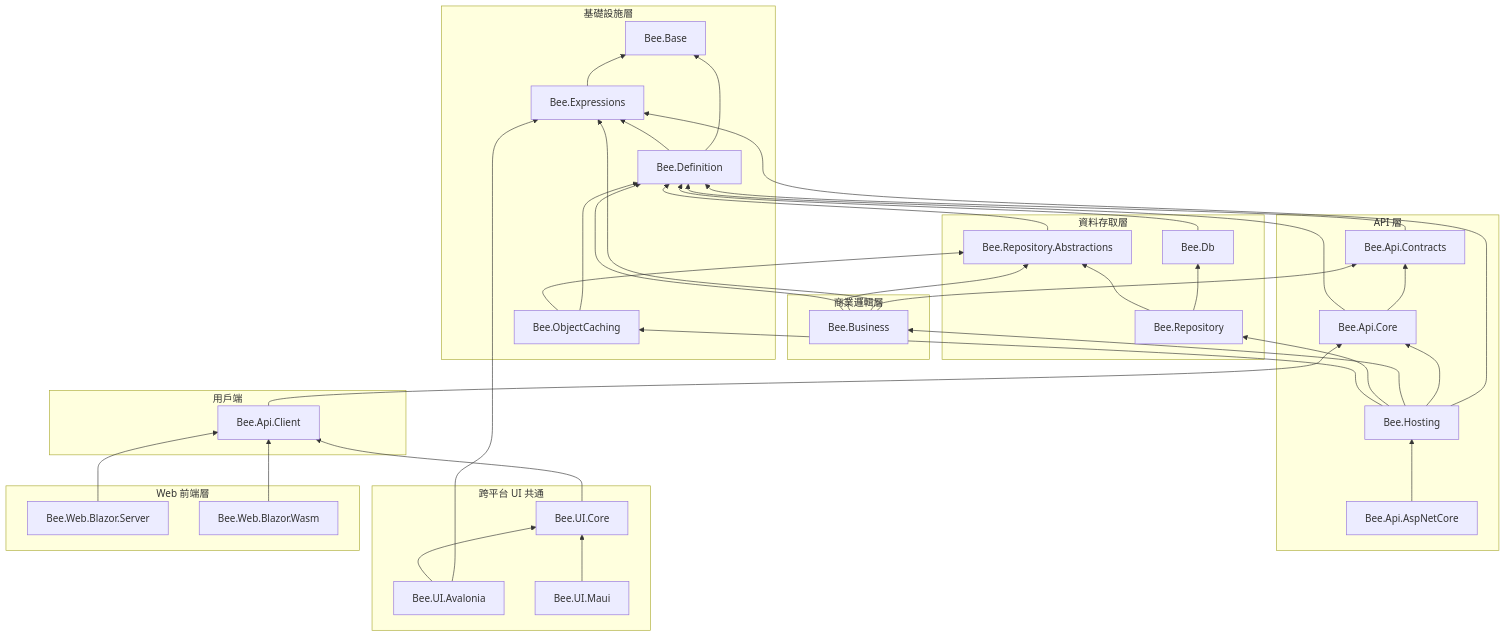
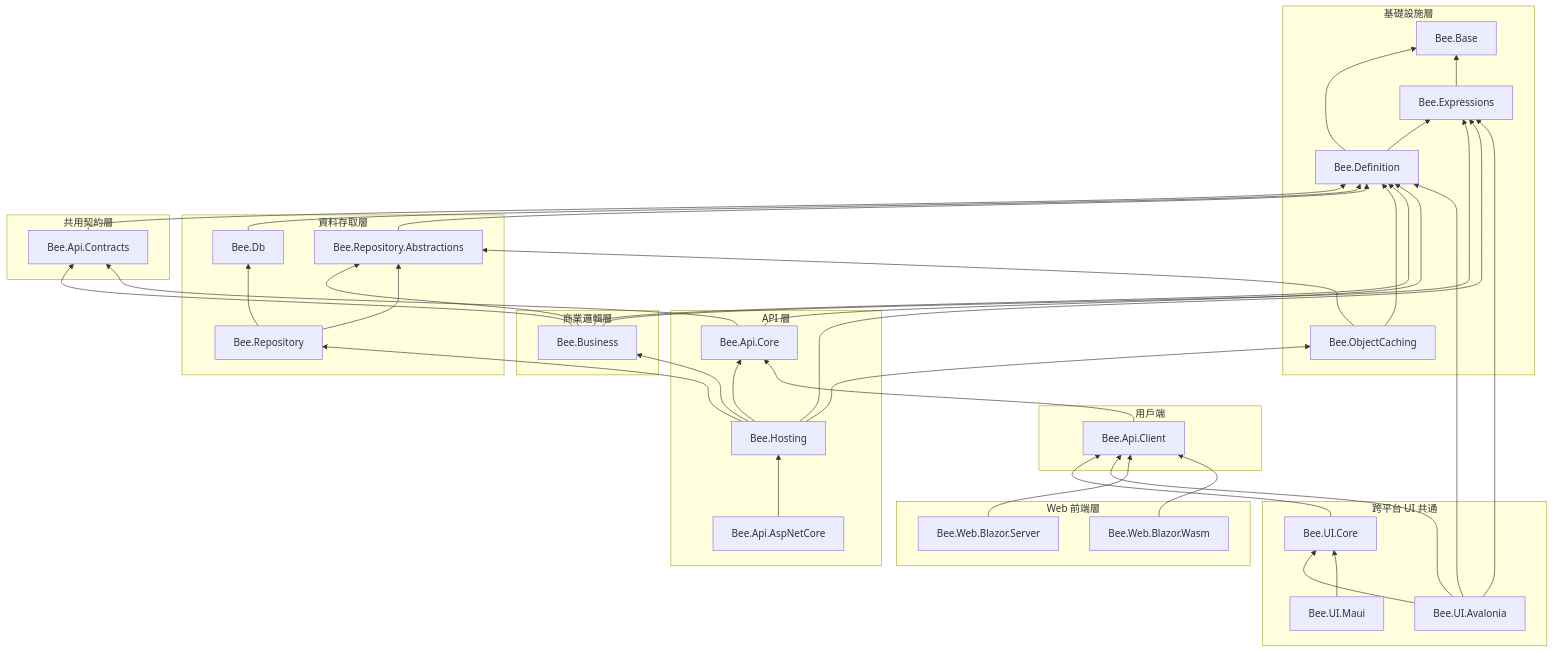
One commit to jeff377/bee-library changed the diagram in docs/dependency-map.zh-TW.md. Above: the diagram before and after it, drawn with Mermaid. The commit also changed other lines of this file and 6 other files, not shown here.

````diff
--- a/docs/dependency-map.zh-TW.md
+++ b/docs/dependency-map.zh-TW.md
@@ -11,71 +11,76 @@
 ```mermaid
 graph BT
   subgraph 基礎設施層
     Base["Bee.Base"]
     Expressions["Bee.Expressions"]
     Definition["Bee.Definition"]
     Caching["Bee.ObjectCaching"]
   end
 
   subgraph 資料存取層
     RepoAbs["Bee.Repository.Abstractions"]
     Db["Bee.Db"]
     Repo["Bee.Repository"]
   end
 
   subgraph 商業邏輯層
     Business["Bee.Business"]
   end
 
+  subgraph SharedContracts [共用契約層]
+    Contracts["Bee.Api.Contracts"]
+  end
+
   subgraph API 層
-    Contracts["Bee.Api.Contracts"]
     Core["Bee.Api.Core"]
     Hosting["Bee.Hosting"]
     AspNet["Bee.Api.AspNetCore"]
   end
 
   subgraph 用戶端
     Client["Bee.Api.Client"]
   end
 
   subgraph 跨平台 UI 共通
     UICore["Bee.UI.Core"]
     UIAvalonia["Bee.UI.Avalonia"]
     UIMaui["Bee.UI.Maui"]
   end
 
   subgraph Web 前端層
     BlazorSrv["Bee.Web.Blazor.Server"]
     BlazorWasm["Bee.Web.Blazor.Wasm"]
   end
 
   Definition --> Base
   Expressions --> Base
   Definition --> Expressions
   Business --> Expressions
   Hosting --> Expressions
   UIAvalonia --> Expressions
   Contracts --> Definition
   Db --> Definition
   RepoAbs --> Definition
   Caching --> Definition
   Caching --> RepoAbs
   Business --> Contracts
   Business --> Definition
   Business --> RepoAbs
   Repo --> Db
   Repo --> RepoAbs
   Core --> Contracts
   Core --> Definition
   Hosting --> Core
   Hosting --> Business
   Hosting --> Repo
   Hosting --> Caching
   AspNet --> Hosting
   Client --> Core
   UICore --> Client
   UIAvalonia --> UICore
+  UIAvalonia --> Client
+  UIAvalonia --> Definition
   UIMaui --> UICore
   BlazorSrv --> Client
   BlazorWasm --> Client
 ```
````
